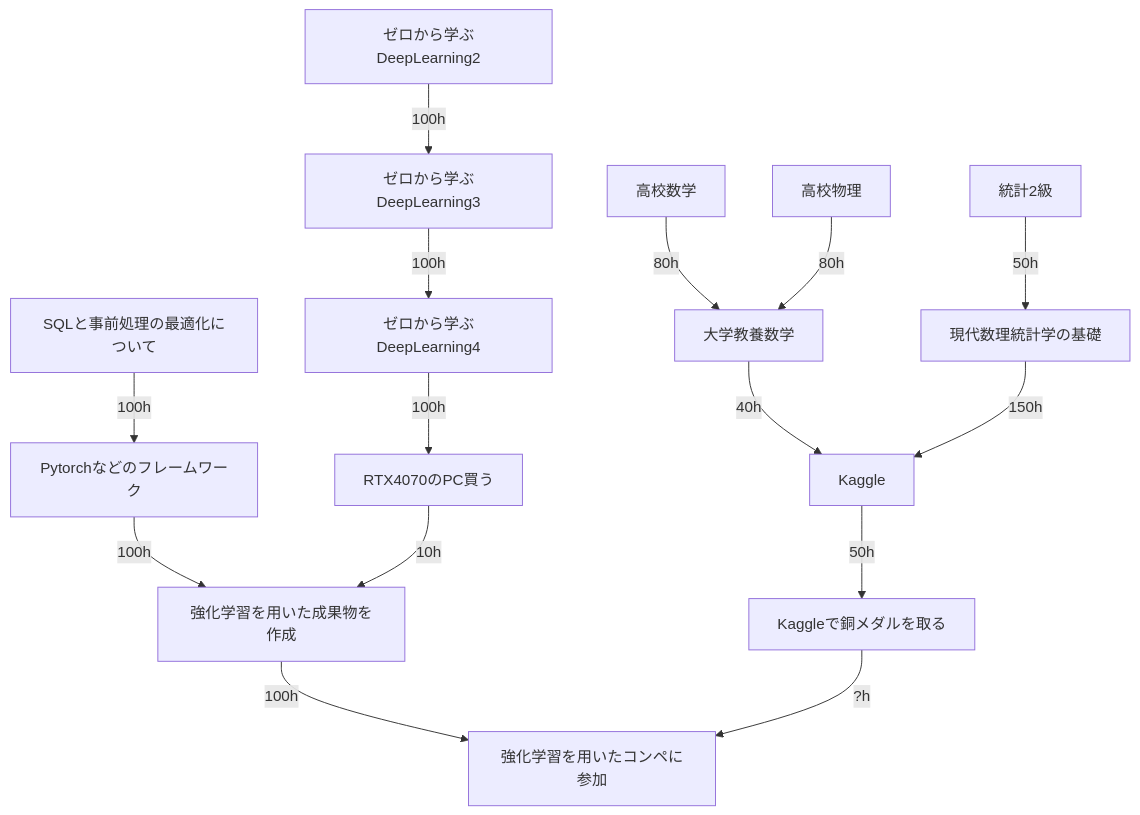
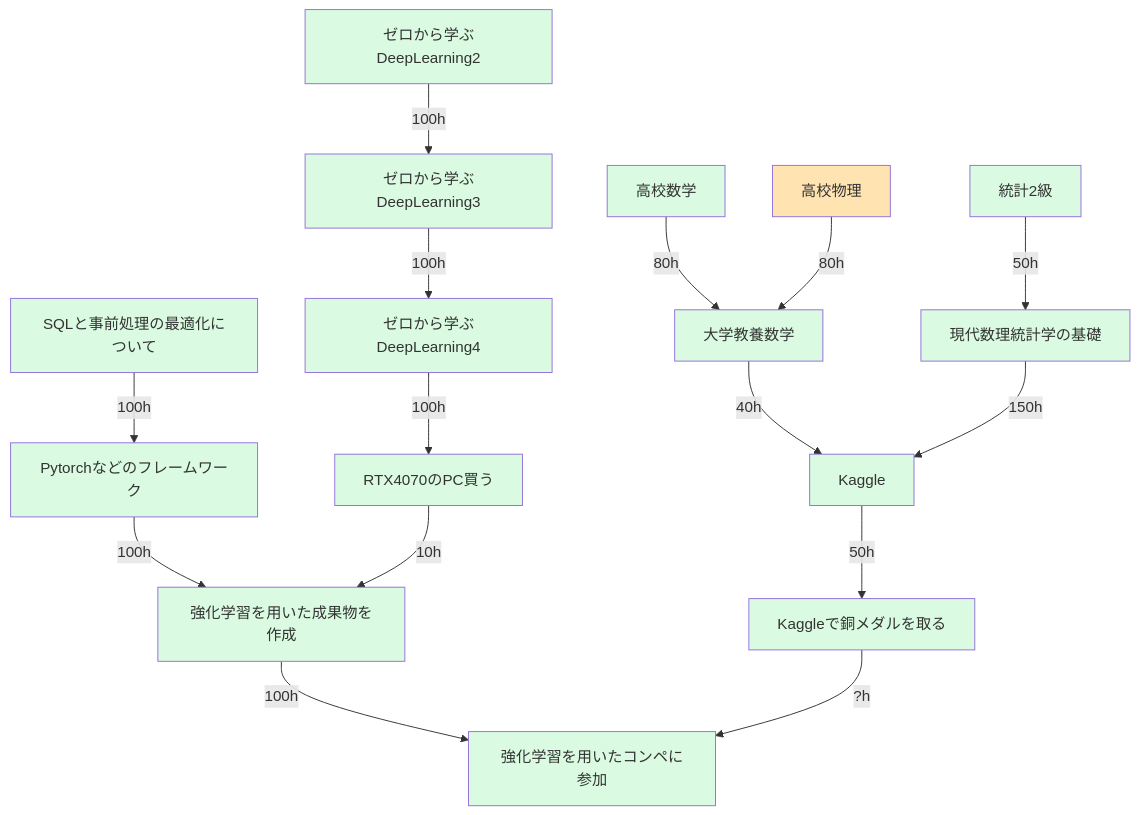
One commit to Toraneko0101/My_learning changed the first of 4 diagrams in tools/learning_path.md. Above: the diagram before and after it, drawn with Mermaid. The commit also changed other lines of this file, not shown here.

Commit message:
todo inprogress等で色調整

````diff
--- a/tools/learning_path.md
+++ b/tools/learning_path.md
@@ -32,17 +32,18 @@
 ```mermaid
 graph TD
+  classDef todo fill:#dafbe1
+  classDef inProgress fill:orange,fill-opacity:0.3
+高校数学:::todo -->|80h| 大学教養数学:::todo -->|40h| Kaggle:::todo
+高校物理:::inProgress -->|80h| 大学教養数学:::todo
+統計2級:::todo  -->|50h| 現代数理統計学の基礎:::todo
+現代数理統計学の基礎 -->|150h| Kaggle:::todo
+SQLと事前処理の最適化について:::todo -->|100h| Pytorchなどのフレームワーク:::todo
+Pytorchなどのフレームワーク:::todo --> |100h| 強化学習を用いた成果物を作成:::todo
 
-高校数学 -->|80h| 大学教養数学 -->|40h| Kaggle
-高校物理 -->|80h| 大学教養数学
-統計2級  -->|50h| 現代数理統計学の基礎
-現代数理統計学の基礎 -->|150h| Kaggle
-SQLと事前処理の最適化について -->|100h| Pytorchなどのフレームワーク
-Pytorchなどのフレームワーク --> |100h| 強化学習を用いた成果物を作成
-
-ゼロから学ぶDeepLearning2 --> |100h| ゼロから学ぶDeepLearning3
-ゼロから学ぶDeepLearning3 --> |100h| ゼロから学ぶDeepLearning4
-ゼロから学ぶDeepLearning4 --> |100h| RTX4070のPC買う　--> |10h| 強化学習を用いた成果物を作成  --> |100h| 強化学習を用いたコンペに参加
-Kaggle --> |50h| Kaggleで銅メダルを取る--> |?h| 強化学習を用いたコンペに参加
+ゼロから学ぶDeepLearning2:::todo --> |100h| ゼロから学ぶDeepLearning3
+ゼロから学ぶDeepLearning3:::todo --> |100h| ゼロから学ぶDeepLearning4
+ゼロから学ぶDeepLearning4:::todo --> |100h| RTX4070のPC買う:::todo　--> |10h| 強化学習を用いた成果物を作成:::todo  --> |100h| 強化学習を用いたコンペに参加:::todo
+Kaggle:::todo --> |50h| Kaggleで銅メダルを取る:::todo --> |?h| 強化学習を用いたコンペに参加:::todo
 
 
 ```
````
